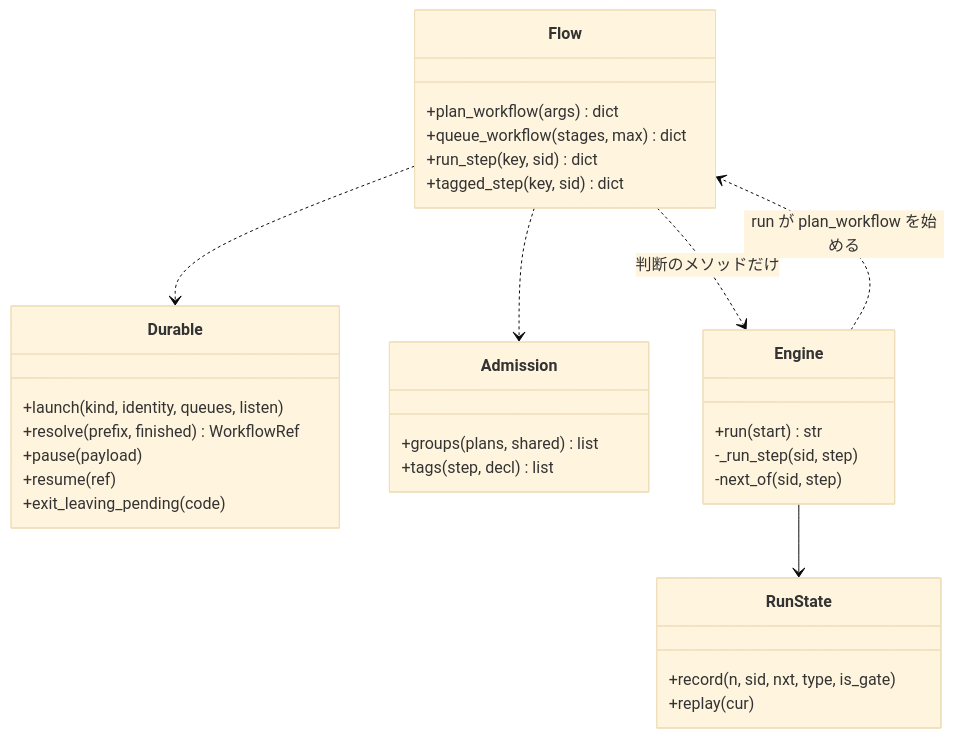
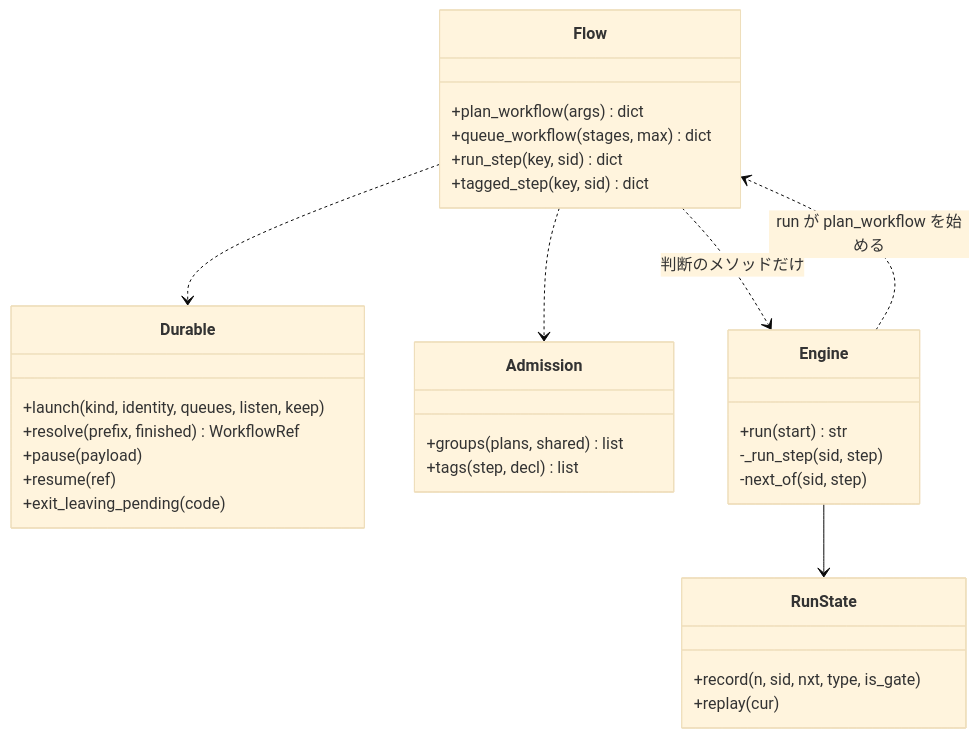
The third of 7 diagrams in issues/issue-1142-design-dbos.md (devbasex/ai-plugins), drawn with Mermaid (base theme) before and after one commit. The commit also changed other lines of this file, not shown here.

First line of the commit message:
fix(design): 古い plan_workflow を launch の前に子ごと止める（#1142 round 3）

````diff
--- a/issues/issue-1142-design-dbos.md
+++ b/issues/issue-1142-design-dbos.md
@@ -224,34 +224,34 @@
 ```mermaid
 classDiagram
     class Durable {
-        +launch(kind, identity, queues, listen)
+        +launch(kind, identity, queues, listen, keep)
         +resolve(prefix, finished) WorkflowRef
         +pause(payload)
         +resume(ref)
         +exit_leaving_pending(code)
     }
     class Flow {
         +plan_workflow(args) dict
         +queue_workflow(stages, max) dict
         +run_step(key, sid) dict
         +tagged_step(key, sid) dict
     }
     class Admission {
         +groups(plans, shared) list
         +tags(step, decl) list
     }
     class Engine {
         +run(start) str
         -_run_step(sid, step)
         -next_of(sid, step)
     }
     class RunState {
         +record(n, sid, nxt, type, is_gate)
         +replay(cur)
     }
     Flow ..> Durable
     Flow ..> Admission
     Flow ..> Engine : 判断のメソッドだけ
     Engine --> RunState
     Engine ..> Flow : run が plan_workflow を始める
 ```
````
